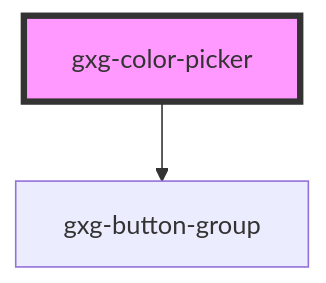
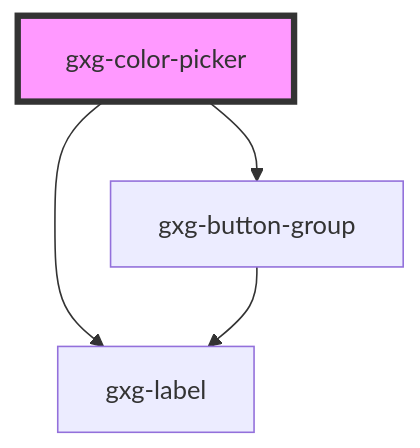
One commit to genexuslabs/gemini changed the diagram in src/components/color-picker/readme.md. Above: the diagram before and after it, drawn with Mermaid. The commit also changed other lines of this file and 59 other files, not shown here.

Commit message:
update "label" with "gxg-label"

````diff
--- a/src/components/color-picker/readme.md
+++ b/src/components/color-picker/readme.md
@@ -28,5 +29,7 @@
 ```mermaid
 graph TD;
+  gxg-color-picker --> gxg-label
   gxg-color-picker --> gxg-button-group
+  gxg-button-group --> gxg-label
   style gxg-color-picker fill:#f9f,stroke:#333,stroke-width:4px
 ```
````
